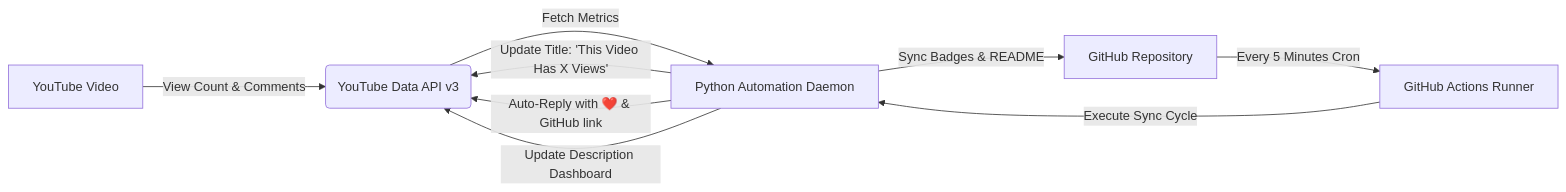
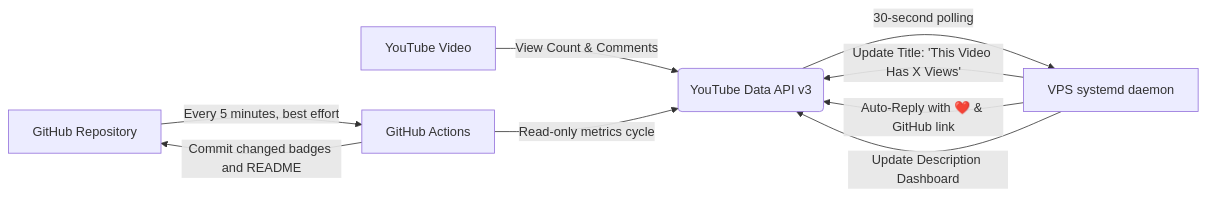
Before and after one commit to DiwasKhatri07/This-Video-Has-X-Views: the diagram in README.md, drawn with Mermaid. The commit also changed other lines of this file and 8 other files, not shown here.

Commit message:
Separate always-on YouTube polling from metrics sync

````diff
--- a/README.md
+++ b/README.md
@@ -47,11 +47,11 @@
 ```mermaid
 flowchart LR
     A[YouTube Video] -->|View Count & Comments| B(YouTube Data API v3)
-    B -->|Fetch Metrics| C[Python Automation Daemon]
+    B -->|30-second polling| C[VPS systemd daemon]
     C -->|Update Title: 'This Video Has X Views'| B
     C -->|Auto-Reply with ❤️ & GitHub link| B
     C -->|Update Description Dashboard| B
-    C -->|Sync Badges & README| D[GitHub Repository]
-    D -->|Every 5 Minutes Cron| E[GitHub Actions Runner]
-    E -->|Execute Sync Cycle| C
+    D[GitHub Repository] -->|Every 5 minutes, best effort| E[GitHub Actions]
+    E -->|Read-only metrics cycle| B
+    E -->|Commit changed badges and README| D
 ```
````
